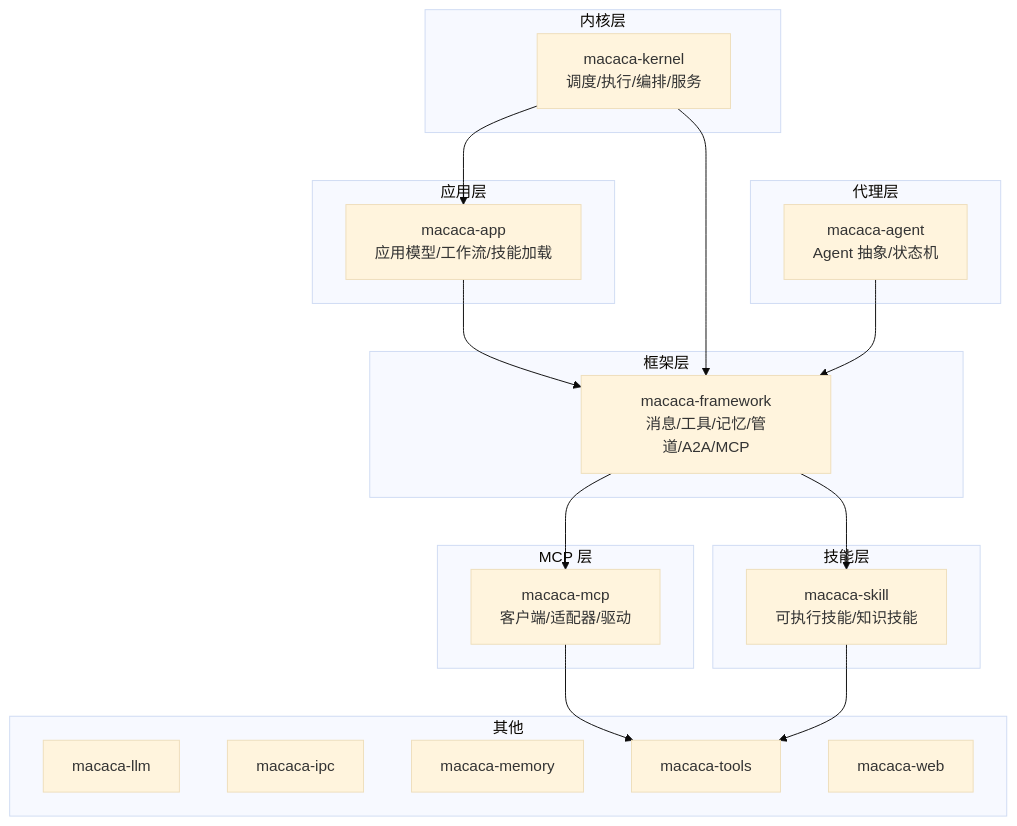
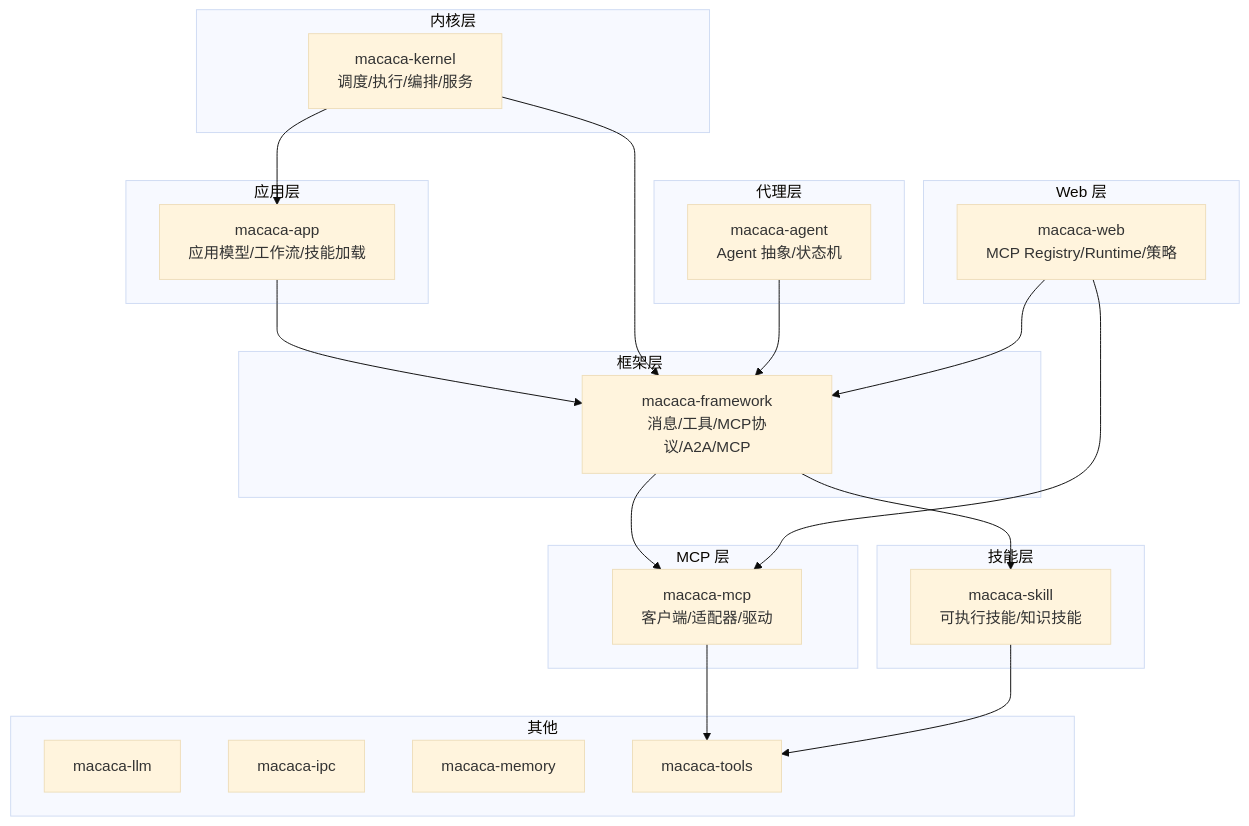
One commit to ixiejun/macaca changed the first of 7 diagrams in .qoder/repowiki/zh/content/扩展开发/扩展开发.md. Above: the diagram before and after it, drawn with Mermaid (base theme). The commit also changed other lines of this file and 49 other files, not shown here.

````diff
--- a/.qoder/repowiki/zh/content/扩展开发/扩展开发.md
+++ b/.qoder/repowiki/zh/content/扩展开发/扩展开发.md
@@ -51,36 +66,40 @@
 ```mermaid
 graph TB
 subgraph "框架层"
-FW["macaca-framework<br/>消息/工具/记忆/管道/A2A/MCP"]
+FW["macaca-framework<br/>消息/工具/MCP协议/A2A/MCP"]
 end
 subgraph "MCP 层"
 MCP["macaca-mcp<br/>客户端/适配器/驱动"]
 end
 subgraph "技能层"
 SK["macaca-skill<br/>可执行技能/知识技能"]
 end
 subgraph "应用层"
 APP["macaca-app<br/>应用模型/工作流/技能加载"]
 end
 subgraph "内核层"
 KRN["macaca-kernel<br/>调度/执行/编排/服务"]
 end
+subgraph "Web 层"
+WEB["macaca-web<br/>MCP Registry/Runtime/策略"]
+end
 subgraph "代理层"
 AGN["macaca-agent<br/>Agent 抽象/状态机"]
 end
 subgraph "其他"
 LLM["macaca-llm"]
 IPC["macaca-ipc"]
 MEM["macaca-memory"]
 TOOLS["macaca-tools"]
-WEB["macaca-web"]
 end
 FW --> MCP
 FW --> SK
 APP --> FW
 KRN --> APP
 KRN --> FW
 AGN --> FW
+WEB --> FW
 MCP --> TOOLS
 SK --> TOOLS
+WEB --> MCP
 ```
````
